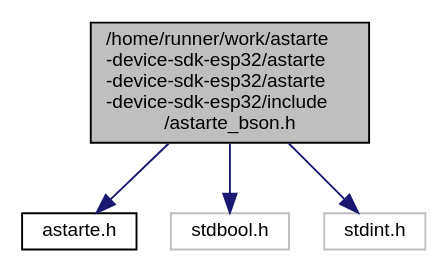
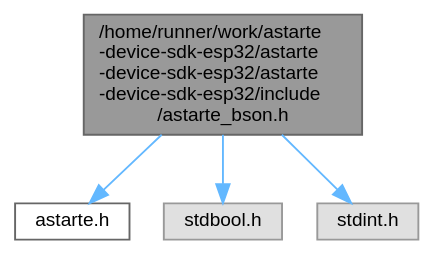
The diagram in device-sdks/esp32/snapshot/api/astarte__bson_8h__incl.dot (astarte-platform/docs), drawn with Graphviz before and after one commit. The commit also changed 181 other files, not shown here.

Commit message:
Update ESP32 SDK documentation

```diff
--- a/device-sdks/esp32/snapshot/api/astarte__bson_8h__incl.dot
+++ b/device-sdks/esp32/snapshot/api/astarte__bson_8h__incl.dot
@@ -1,13 +1,14 @@
 digraph "/home/runner/work/astarte-device-sdk-esp32/astarte-device-sdk-esp32/astarte-device-sdk-esp32/include/astarte_bson.h"
 {
  // LATEX_PDF_SIZE
-  edge [fontname="Helvetica",fontsize="10",labelfontname="Helvetica",labelfontsize="10"];
-  node [fontname="Helvetica",fontsize="10",shape=record];
-  Node1 [label="/home/runner/work/astarte\l-device-sdk-esp32/astarte\l-device-sdk-esp32/astarte\l-device-sdk-esp32/include\l/astarte_bson.h",height=0.2,width=0.4,color="black", fillcolor="grey75", style="filled", fontcolor="black",tooltip="Astarte BSON deserialization functions."];
-  Node1 -> Node2 [color="midnightblue",fontsize="10",style="solid",fontname="Helvetica"];
-  Node2 [label="astarte.h",height=0.2,width=0.4,color="black", fillcolor="white", style="filled",URL="$astarte_8h.html",tooltip="Astarte types and defines."];
-  Node1 -> Node3 [color="midnightblue",fontsize="10",style="solid",fontname="Helvetica"];
-  Node3 [label="stdbool.h",height=0.2,width=0.4,color="grey75", fillcolor="white", style="filled",tooltip=" "];
-  Node1 -> Node4 [color="midnightblue",fontsize="10",style="solid",fontname="Helvetica"];
-  Node4 [label="stdint.h",height=0.2,width=0.4,color="grey75", fillcolor="white", style="filled",tooltip=" "];
+  bgcolor="transparent";
+  edge [fontname=Helvetica,fontsize=10,labelfontname=Helvetica,labelfontsize=10];
+  node [fontname=Helvetica,fontsize=10,shape=box,height=0.2,width=0.4];
+  Node1 [id="Node000001",label="/home/runner/work/astarte\l-device-sdk-esp32/astarte\l-device-sdk-esp32/astarte\l-device-sdk-esp32/include\l/astarte_bson.h",height=0.2,width=0.4,color="gray40", fillcolor="grey60", style="filled", fontcolor="black",tooltip="Astarte BSON deserialization functions."];
+  Node1 -> Node2 [id="edge1_Node000001_Node000002",color="steelblue1",style="solid",tooltip=" "];
+  Node2 [id="Node000002",label="astarte.h",height=0.2,width=0.4,color="grey40", fillcolor="white", style="filled",URL="$astarte_8h.html",tooltip="Astarte types and defines."];
+  Node1 -> Node3 [id="edge2_Node000001_Node000003",color="steelblue1",style="solid",tooltip=" "];
+  Node3 [id="Node000003",label="stdbool.h",height=0.2,width=0.4,color="grey60", fillcolor="#E0E0E0", style="filled",tooltip=" "];
+  Node1 -> Node4 [id="edge3_Node000001_Node000004",color="steelblue1",style="solid",tooltip=" "];
+  Node4 [id="Node000004",label="stdint.h",height=0.2,width=0.4,color="grey60", fillcolor="#E0E0E0", style="filled",tooltip=" "];
 }
```
